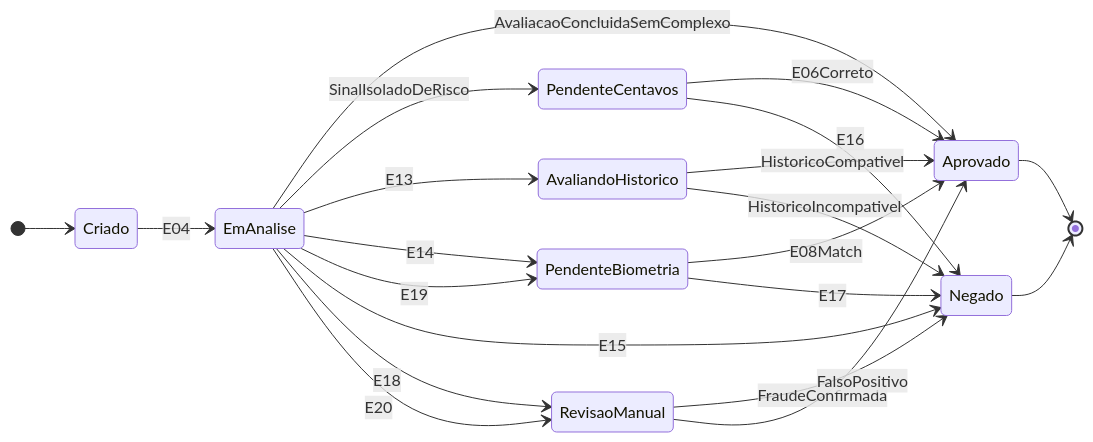
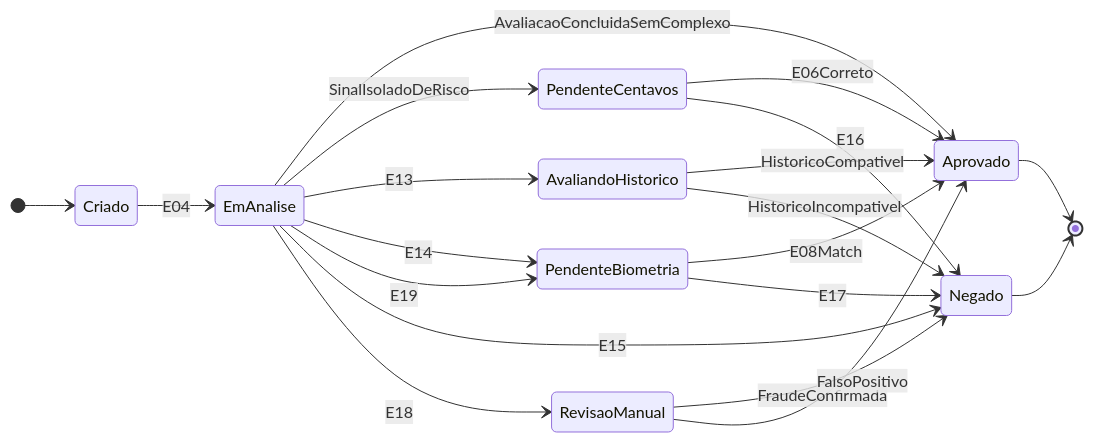
One commit to AndreLobo1/scsdscd changed the third of 6 diagrams in ponderada-cep-antifraude.md. Above: the diagram before and after it, drawn with Mermaid. The commit also changed other lines of this file, not shown here.

````diff
--- a/ponderada-cep-antifraude.md
+++ b/ponderada-cep-antifraude.md
@@ -300,24 +284,23 @@
 ```mermaid
 stateDiagram-v2
     direction LR
     [*] --> Criado
     Criado --> EmAnalise : E04
     EmAnalise --> Aprovado : AvaliacaoConcluidaSemComplexo
     EmAnalise --> PendenteCentavos : SinalIsoladoDeRisco
     EmAnalise --> AvaliandoHistorico : E13
     EmAnalise --> PendenteBiometria : E14
     EmAnalise --> PendenteBiometria : E19
     EmAnalise --> Negado : E15
     EmAnalise --> RevisaoManual : E18
-    EmAnalise --> RevisaoManual : E20
     AvaliandoHistorico --> Aprovado : HistoricoCompativel
     AvaliandoHistorico --> Negado : HistoricoIncompativel
     PendenteCentavos --> Aprovado : E06Correto
     PendenteCentavos --> Negado : E16
     PendenteBiometria --> Aprovado : E08Match
     PendenteBiometria --> Negado : E17
     RevisaoManual --> Negado : FraudeConfirmada
     RevisaoManual --> Aprovado : FalsoPositivo
     Aprovado --> [*]
     Negado --> [*]
 ```
````
